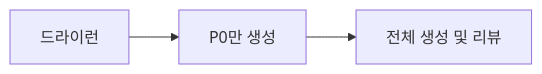
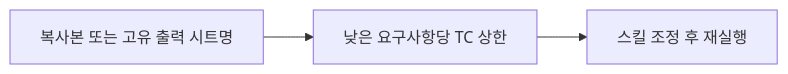
Before and after one commit to hrk-day1/waterbean: the diagram in docs/QA-TC-시트-매뉴얼.md, drawn with Mermaid. The commit also changed other lines of this file and 27 other files, not shown here.

````diff
--- a/docs/QA-TC-시트-매뉴얼.md
+++ b/docs/QA-TC-시트-매뉴얼.md
@@ -87,5 +71,5 @@
 ```mermaid
 flowchart LR
-  A[드라이런] --> B[P0만 생성]
-  B --> C[전체 생성 및 리뷰]
+  A[복사본 또는 고유 출력 시트명] --> B[낮은 요구사항당 TC 상한]
+  B --> C[스킬 조정 후 재실행]
 ```
````
